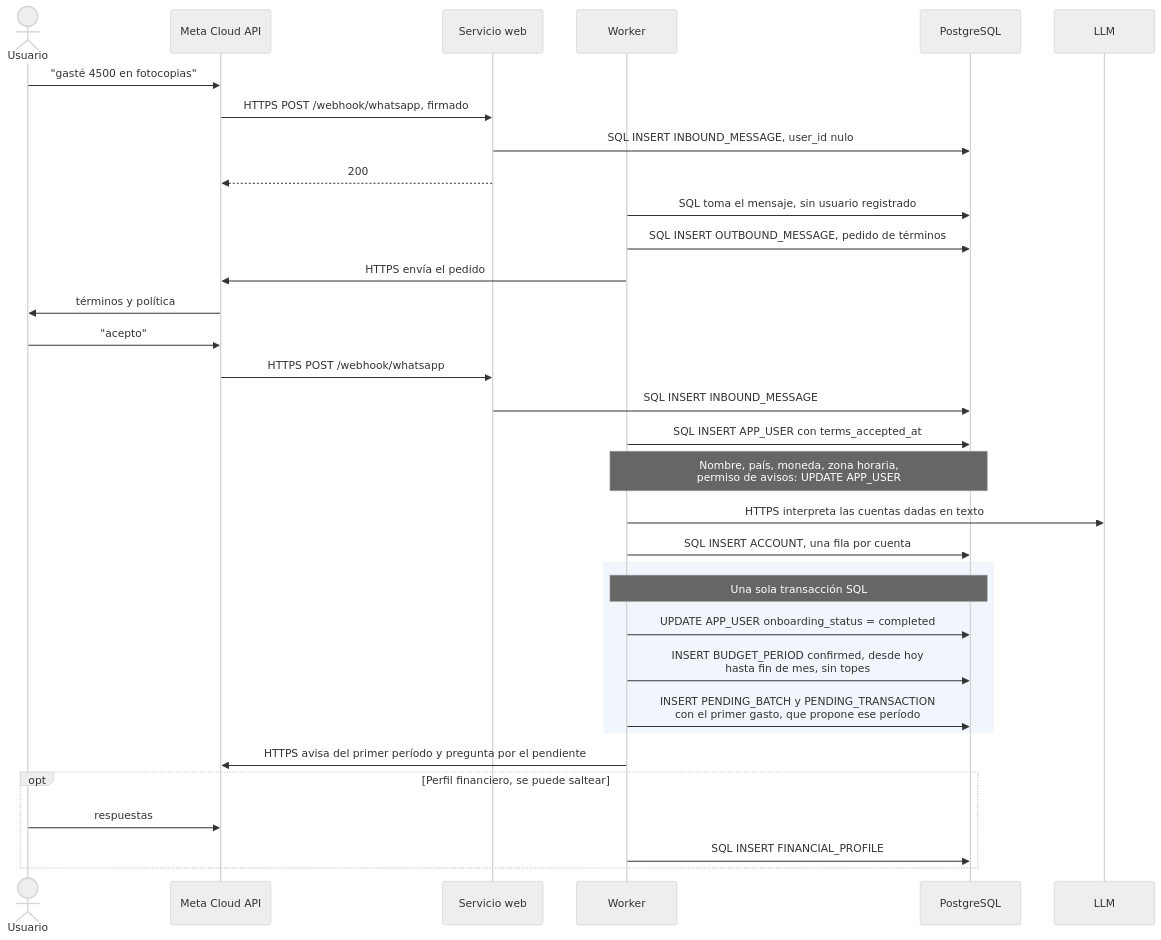
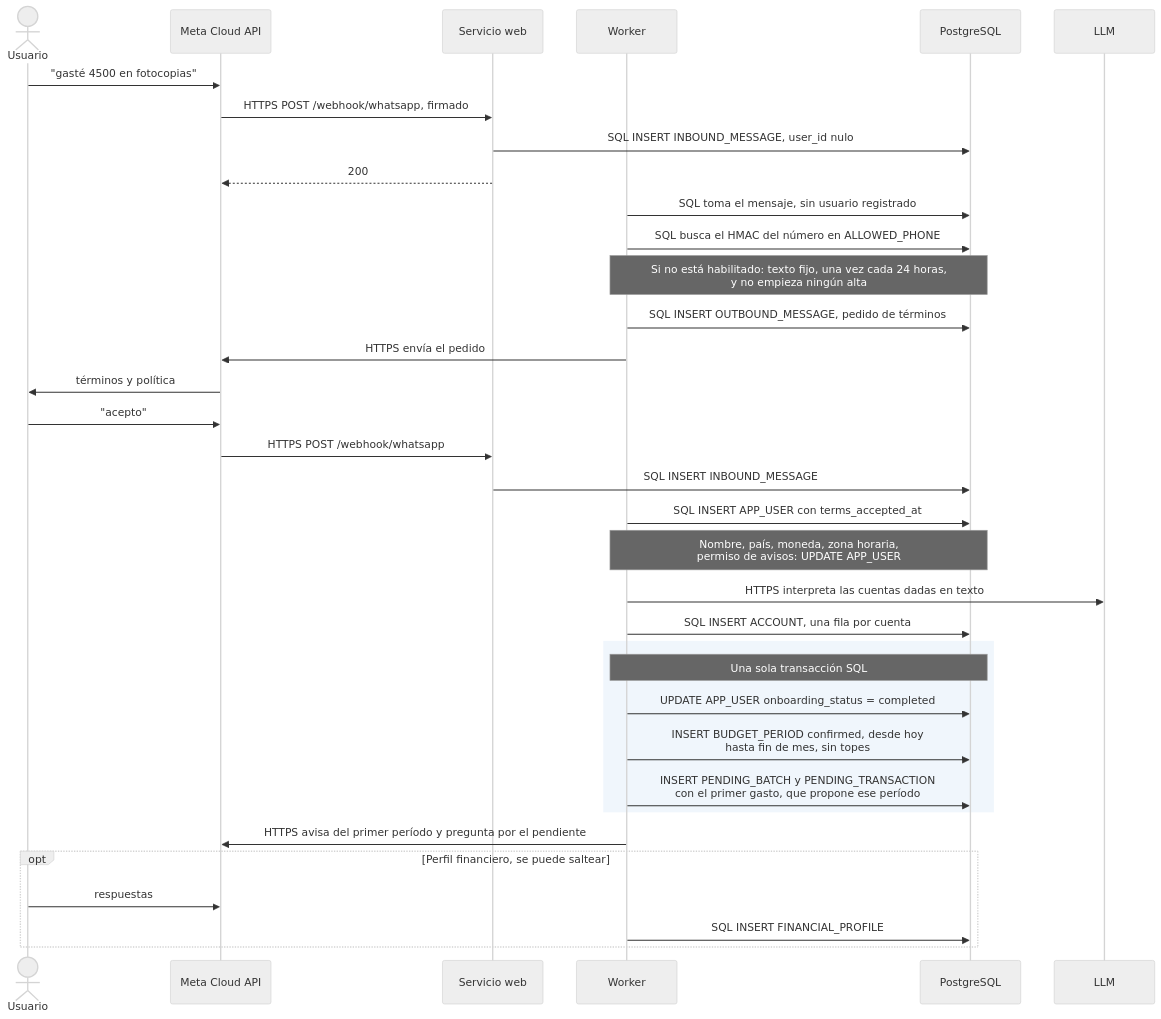
One commit to verozacarias-prog/AI4Devs-finalproject changed the second of 12 diagrams in docs/recorrido-completo.md. Above: the diagram before and after it, drawn with Mermaid (neutral theme). The commit also changed other lines of this file and 25 other files, not shown here.

````diff
--- a/docs/recorrido-completo.md
+++ b/docs/recorrido-completo.md
@@ -93,36 +95,38 @@
 ```mermaid
 sequenceDiagram
     actor U as Usuario
     participant M as Meta Cloud API
     participant API as Servicio web
     participant W as Worker
     participant DB as PostgreSQL
     participant L as LLM
 
     U->>M: "gasté 4500 en fotocopias"
     M->>API: HTTPS POST /webhook/whatsapp, firmado
     API->>DB: SQL INSERT INBOUND_MESSAGE, user_id nulo
     API-->>M: 200
     W->>DB: SQL toma el mensaje, sin usuario registrado
+    W->>DB: SQL busca el HMAC del número en ALLOWED_PHONE
+    Note over W,DB: Si no está habilitado: texto fijo, una vez cada 24 horas,<br/>y no empieza ningún alta
     W->>DB: SQL INSERT OUTBOUND_MESSAGE, pedido de términos
     W->>M: HTTPS envía el pedido
     M->>U: términos y política
     U->>M: "acepto"
     M->>API: HTTPS POST /webhook/whatsapp
     API->>DB: SQL INSERT INBOUND_MESSAGE
     W->>DB: SQL INSERT APP_USER con terms_accepted_at
     Note over W,DB: Nombre, país, moneda, zona horaria,<br/>permiso de avisos: UPDATE APP_USER
     W->>L: HTTPS interpreta las cuentas dadas en texto
     W->>DB: SQL INSERT ACCOUNT, una fila por cuenta
     rect rgb(240, 246, 252)
         Note over W,DB: Una sola transacción SQL
         W->>DB: UPDATE APP_USER onboarding_status = completed
         W->>DB: INSERT BUDGET_PERIOD confirmed, desde hoy<br/>hasta fin de mes, sin topes
         W->>DB: INSERT PENDING_BATCH y PENDING_TRANSACTION<br/>con el primer gasto, que propone ese período
     end
     W->>M: HTTPS avisa del primer período y pregunta por el pendiente
     opt Perfil financiero, se puede saltear
         U->>M: respuestas
         W->>DB: SQL INSERT FINANCIAL_PROFILE
     end
 ```
````
